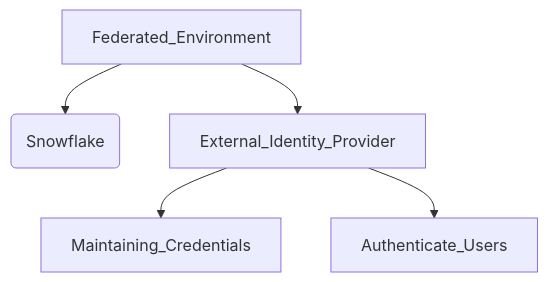
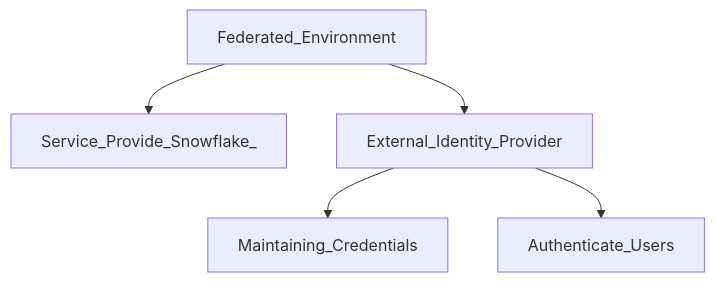
Before and after one commit to Shidhin-VP/Guides: the third of 3 diagrams in Snowflake_Core_Certification/Section8_Account&Security/readme.md, drawn with Mermaid.

Commit message:
Updated the Folder Section 8 to Snowflake Folder

````diff
--- a/Snowflake_Core_Certification/Section8_Account&Security/readme.md
+++ b/Snowflake_Core_Certification/Section8_Account&Security/readme.md
@@ -201,7 +201,7 @@
     ```mermaid
     graph TD;
-        Federated_Environment-->Service_Provide(Snowflake);
+        Federated_Environment-->Service_Provide_Snowflake_;
         Federated_Environment-->External_Identity_Provider;
         External_Identity_Provider-->Maintaining_Credentials;
         External_Identity_Provider-->Authenticate_Users;
     ```
````
